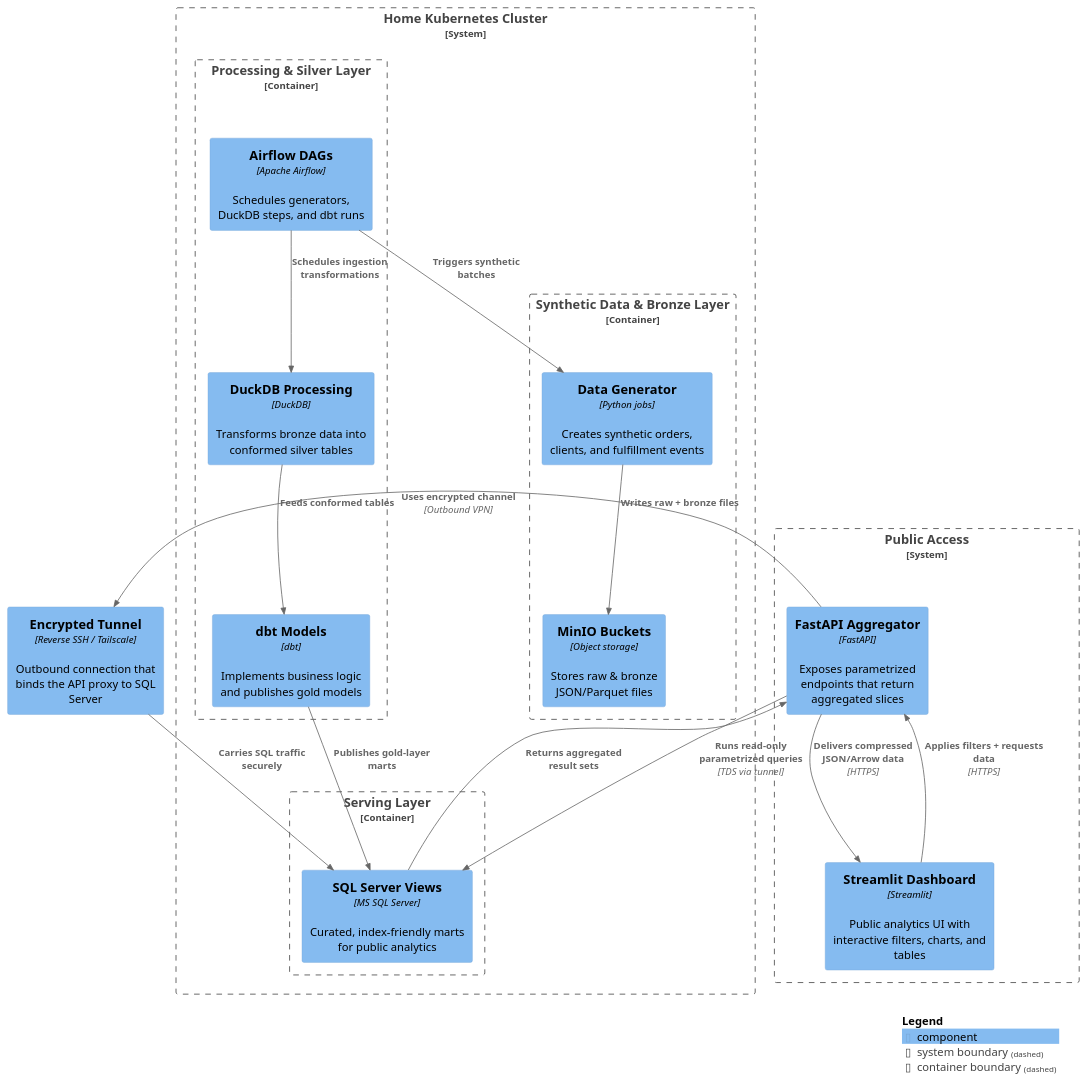
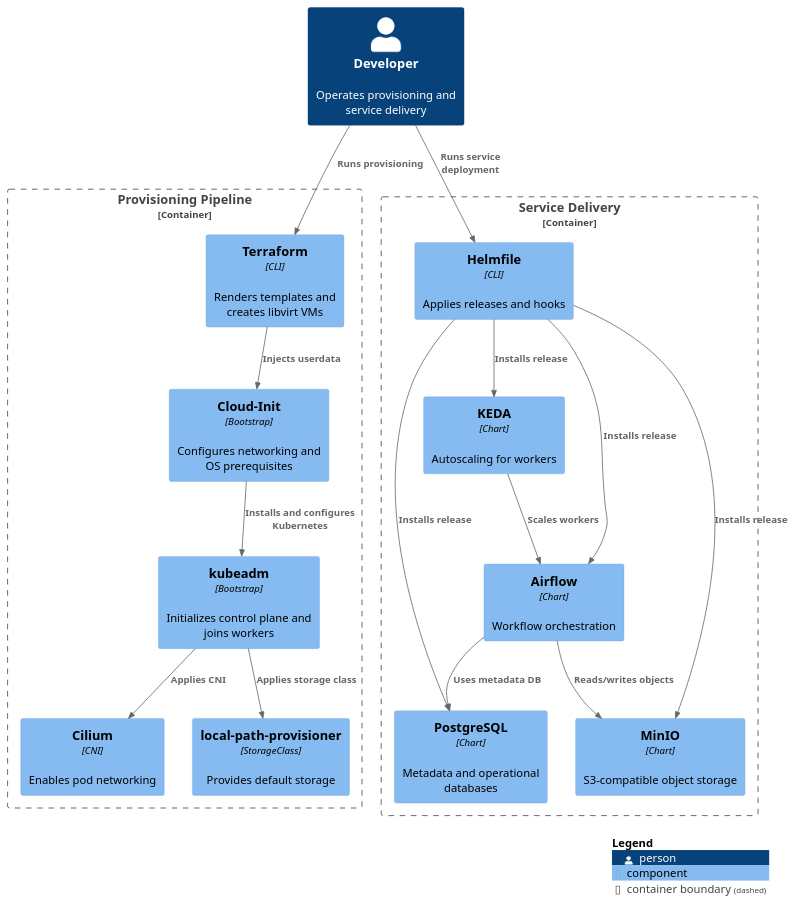
The diagram in docs/diagrams/workflow.puml (AntonMiniazev/bohr_project), drawn with PlantUML before and after one commit. The commit also changed 111 other files, not shown here.

```diff
--- a/docs/diagrams/workflow.puml
+++ b/docs/diagrams/workflow.puml
@@ -1,43 +1,39 @@
 @startuml Workflow
 !includeurl https://raw.githubusercontent.com/plantuml-stdlib/C4-PlantUML/master/C4_Component.puml
 LAYOUT_WITH_LEGEND()
 HIDE_STEREOTYPE()
 
-System_Boundary(home, "Home Kubernetes Cluster") {
-    Container_Boundary(bronze, "Synthetic Data & Bronze Layer") {
-        Component(dataScripts, "Data Generator", "Python jobs", "Creates synthetic orders, clients, and fulfillment events")
-        Component(minioStore, "MinIO Buckets", "Object storage", "Stores raw & bronze JSON/Parquet files")
-    }
+Person(dev, "Developer", "Operates provisioning and service delivery")
 
-    Container_Boundary(silver, "Processing & Silver Layer") {
-        Component(airflowOrch, "Airflow DAGs", "Apache Airflow", "Schedules generators, DuckDB steps, and dbt runs")
-        Component(duckdbStage, "DuckDB Processing", "DuckDB", "Transforms bronze data into conformed silver tables")
-        Component(dbtModels, "dbt Models", "dbt", "Implements business logic and publishes gold models")
-    }
-
-    Container_Boundary(gold, "Serving Layer") {
-        Component(sqlGold, "SQL Server Views", "MS SQL Server", "Curated, index-friendly marts for public analytics")
-    }
+Container_Boundary(provisioning, "Provisioning Pipeline") {
+    Component(terraform, "Terraform", "CLI", "Renders templates and creates libvirt VMs")
+    Component(cloudinit, "Cloud-Init", "Bootstrap", "Configures networking and OS prerequisites")
+    Component(kubeadm, "kubeadm", "Bootstrap", "Initializes control plane and joins workers")
+    Component(cilium, "Cilium", "CNI", "Enables pod networking")
+    Component(localpath, "local-path-provisioner", "StorageClass", "Provides default storage")
 }
 
-System_Boundary(publicLayer, "Public Access") {
-    Component(apiLayer, "FastAPI Aggregator", "FastAPI", "Exposes parametrized endpoints that return aggregated slices")
-    Component(streamlitUi, "Streamlit Dashboard", "Streamlit", "Public analytics UI with interactive filters, charts, and tables")
+Container_Boundary(services, "Service Delivery") {
+    Component(helmfile, "Helmfile", "CLI", "Applies releases and hooks")
+    Component(postgres, "PostgreSQL", "Chart", "Metadata and operational databases")
+    Component(minio, "MinIO", "Chart", "S3-compatible object storage")
+    Component(airflow, "Airflow", "Chart", "Workflow orchestration")
+    Component(keda, "KEDA", "Chart", "Autoscaling for workers")
 }
 
-Component(tunnelLink, "Encrypted Tunnel", "Reverse SSH / Tailscale", "Outbound connection that binds the API proxy to SQL Server")
-
-Rel(airflowOrch, dataScripts, "Triggers synthetic batches")
-Rel(dataScripts, minioStore, "Writes raw + bronze files")
-Rel(airflowOrch, duckdbStage, "Schedules ingestion transformations")
-Rel(duckdbStage, dbtModels, "Feeds conformed tables")
-Rel(dbtModels, sqlGold, "Publishes gold-layer marts")
-Rel(apiLayer, sqlGold, "Runs read-only parametrized queries", "TDS via tunnel")
-Rel(sqlGold, apiLayer, "Returns aggregated result sets")
-Rel(apiLayer, streamlitUi, "Delivers compressed JSON/Arrow data", "HTTPS")
-Rel(streamlitUi, apiLayer, "Applies filters + requests data", "HTTPS")
-Rel(apiLayer, tunnelLink, "Uses encrypted channel", "Outbound VPN")
-Rel(tunnelLink, sqlGold, "Carries SQL traffic securely")
+Rel(dev, terraform, "Runs provisioning")
+Rel(terraform, cloudinit, "Injects userdata")
+Rel(cloudinit, kubeadm, "Installs and configures Kubernetes")
+Rel(kubeadm, cilium, "Applies CNI")
+Rel(kubeadm, localpath, "Applies storage class")
+Rel(dev, helmfile, "Runs service deployment")
+Rel(helmfile, postgres, "Installs release")
+Rel(helmfile, minio, "Installs release")
+Rel(helmfile, keda, "Installs release")
+Rel(helmfile, airflow, "Installs release")
+Rel(airflow, postgres, "Uses metadata DB")
+Rel(airflow, minio, "Reads/writes objects")
+Rel(keda, airflow, "Scales workers")
 
 SHOW_LEGEND()
 @enduml
```
